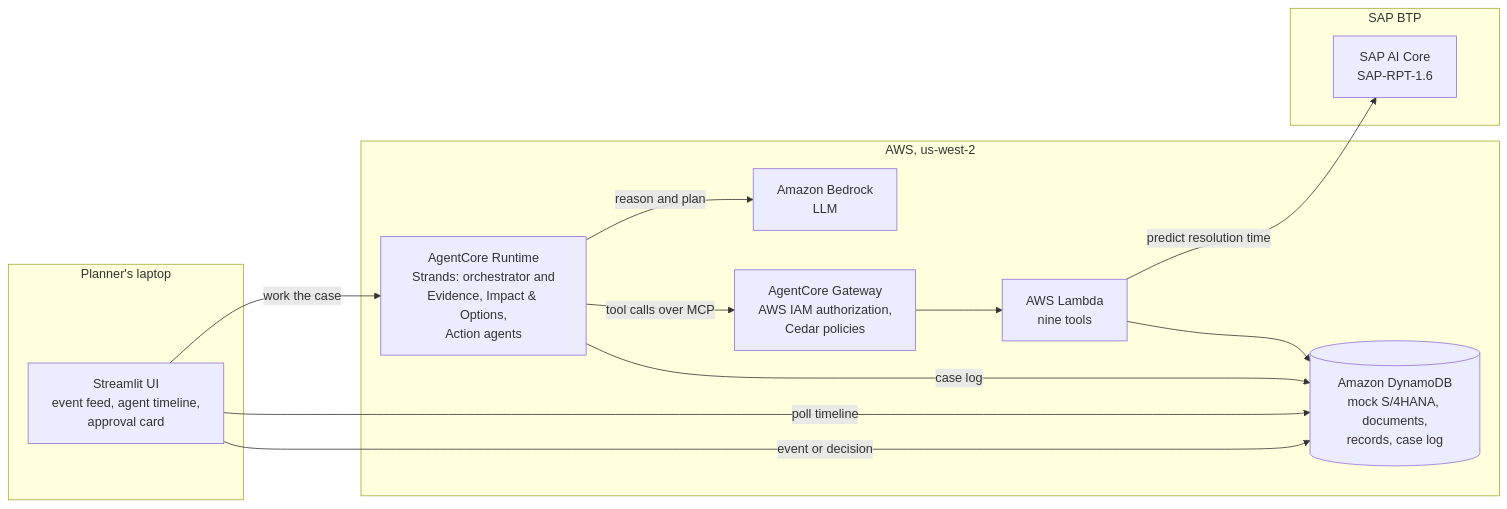
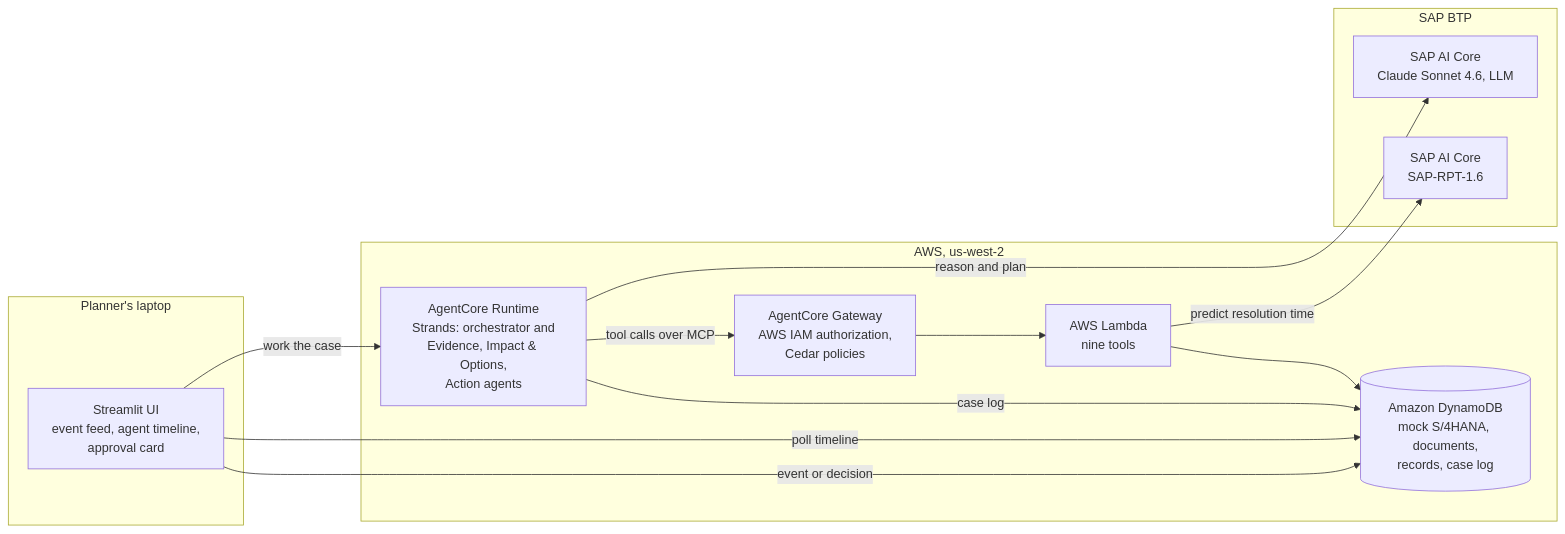
The first of 2 diagrams in docs/architecture.md (KrisnaPutraP/clear), drawn with Mermaid before and after one commit. The commit also changed other lines of this file and 15 other files, not shown here.

First line of the commit message:
Run the agents on Claude in SAP AI Core when Bedrock is unavailable

````diff
--- a/docs/architecture.md
+++ b/docs/architecture.md
@@ -9,25 +9,25 @@
 ```mermaid
 flowchart LR
     subgraph laptop["Planner's laptop"]
         ui["Streamlit UI<br/>event feed, agent timeline,<br/>approval card"]
     end
     subgraph aws["AWS, us-west-2"]
         rt["AgentCore Runtime<br/>Strands: orchestrator and<br/>Evidence, Impact & Options,<br/>Action agents"]
-        llm["Amazon Bedrock<br/>LLM"]
         gw["AgentCore Gateway<br/>AWS IAM authorization,<br/>Cedar policies"]
         fn["AWS Lambda<br/>nine tools"]
         db[("Amazon DynamoDB<br/>mock S/4HANA, documents,<br/>records, case log")]
     end
     subgraph sap["SAP BTP"]
+        llm["SAP AI Core<br/>Claude Sonnet 4.6, LLM"]
         rpt["SAP AI Core<br/>SAP-RPT-1.6"]
     end
     ui -- "event or decision" --> db
     ui -- "work the case" --> rt
     ui -- "poll timeline" --> db
     rt -- "reason and plan" --> llm
     rt -- "tool calls over MCP" --> gw
     rt -- "case log" --> db
     gw --> fn
     fn --> db
     fn -- "predict resolution time" --> rpt
 ```
````
